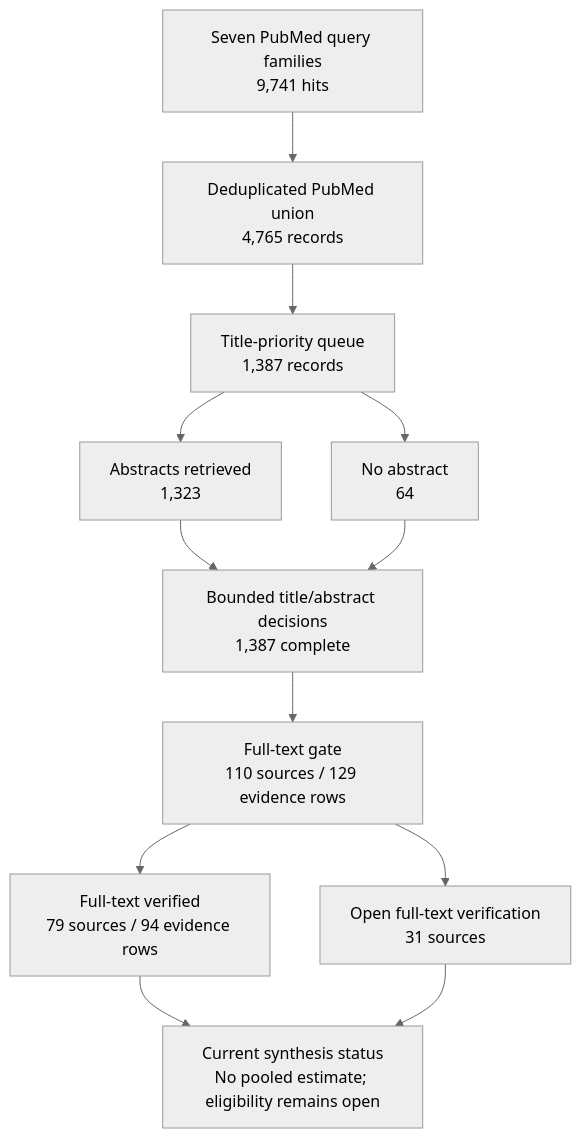
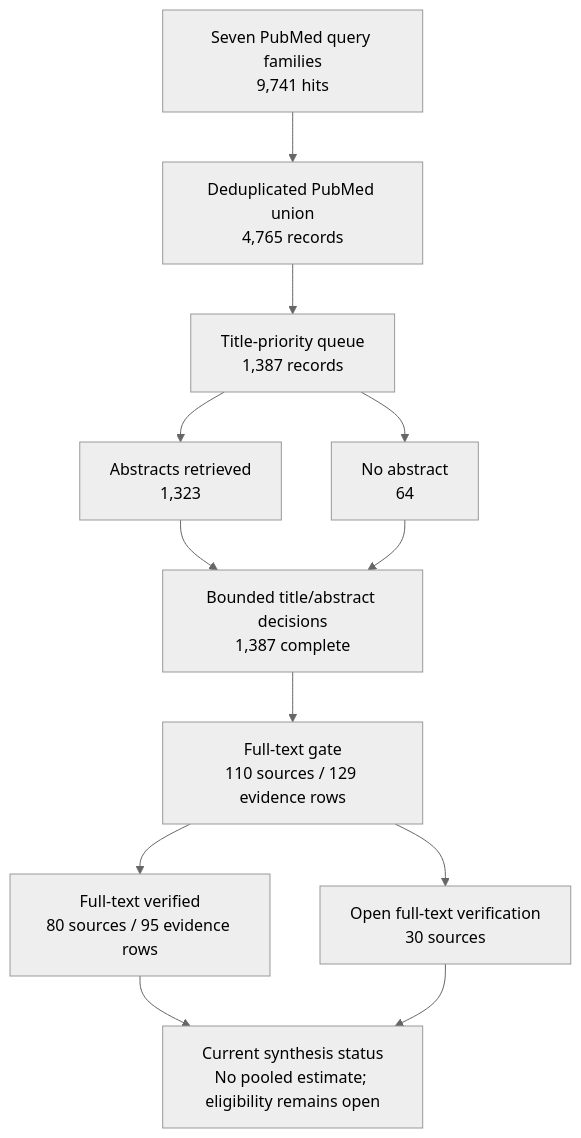
One commit to dcmcshan/artemisia changed the diagram in manuscript/figures/figure-3-review-flow.mmd. Above: the diagram before and after it, drawn with Mermaid (neutral theme). The commit also changed 17 other files, not shown here.

```diff
--- a/manuscript/figures/figure-3-review-flow.mmd
+++ b/manuscript/figures/figure-3-review-flow.mmd
@@ -1,12 +1,12 @@
 flowchart TD
   A["Seven PubMed query families<br/>9,741 hits"] --> B["Deduplicated PubMed union<br/>4,765 records"]
   B --> C["Title-priority queue<br/>1,387 records"]
   C --> D["Abstracts retrieved<br/>1,323"]
   C --> E["No abstract<br/>64"]
   D --> F["Bounded title/abstract decisions<br/>1,387 complete"]
   E --> F
   F --> G["Full-text gate<br/>110 sources / 129 evidence rows"]
-  G --> H["Full-text verified<br/>79 sources / 94 evidence rows"]
-  G --> I["Open full-text verification<br/>31 sources"]
+  G --> H["Full-text verified<br/>80 sources / 95 evidence rows"]
+  G --> I["Open full-text verification<br/>30 sources"]
   H --> J["Current synthesis status<br/>No pooled estimate; eligibility remains open"]
   I --> J
```
